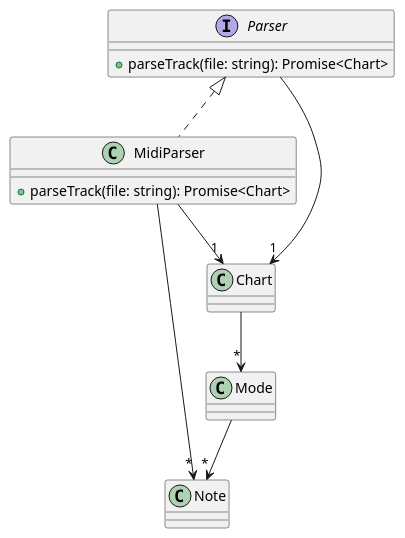
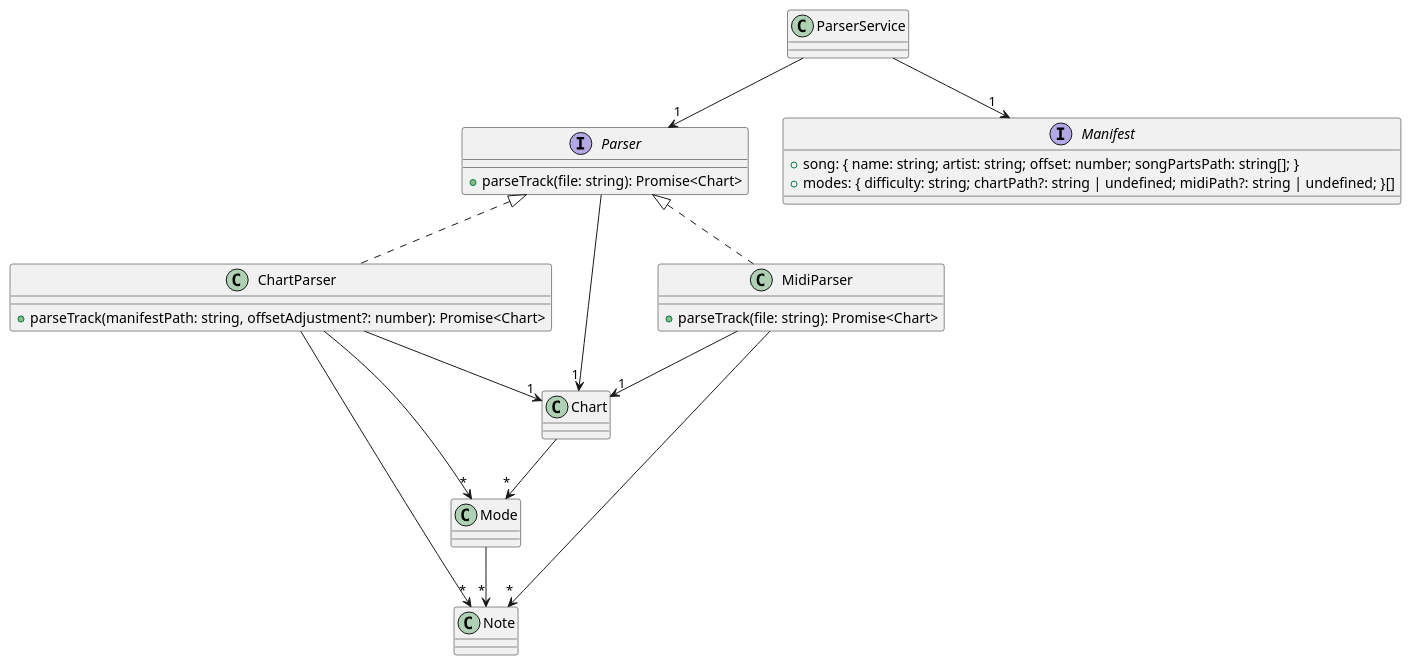
Before and after one commit to sprunk-engine/sprunk-hero: the diagram in doc/diagrams/services.puml, drawn with PlantUML. The commit also changed 4 other files, not shown here.

```diff
--- a/doc/diagrams/services.puml
+++ b/doc/diagrams/services.puml
@@ -1,13 +1,27 @@
 @startuml
 interface Parser {
     +parseTrack(file: string): Promise<Chart>
 }
+class ChartParser implements Parser {
+    +parseTrack(manifestPath: string, offsetAdjustment?: number): Promise<Chart>
+}
+interface Manifest {
+    +song: { name: string; artist: string; offset: number; songPartsPath: string[]; }
+    +modes: { difficulty: string; chartPath?: string | undefined; midiPath?: string | undefined; }[]
+}
 class MidiParser implements Parser {
     +parseTrack(file: string): Promise<Chart>
+}
+class ParserService {
 }
 Mode --> "*" Note
 Chart --> "*" Mode
 Parser --> "1" Chart
+ChartParser --> "1" Chart
+ChartParser --> "*" Mode
+ChartParser --> "*" Note
 MidiParser --> "1" Chart
 MidiParser --> "*" Note
+ParserService --> "1" Parser
+ParserService --> "1" Manifest
 @enduml
```
